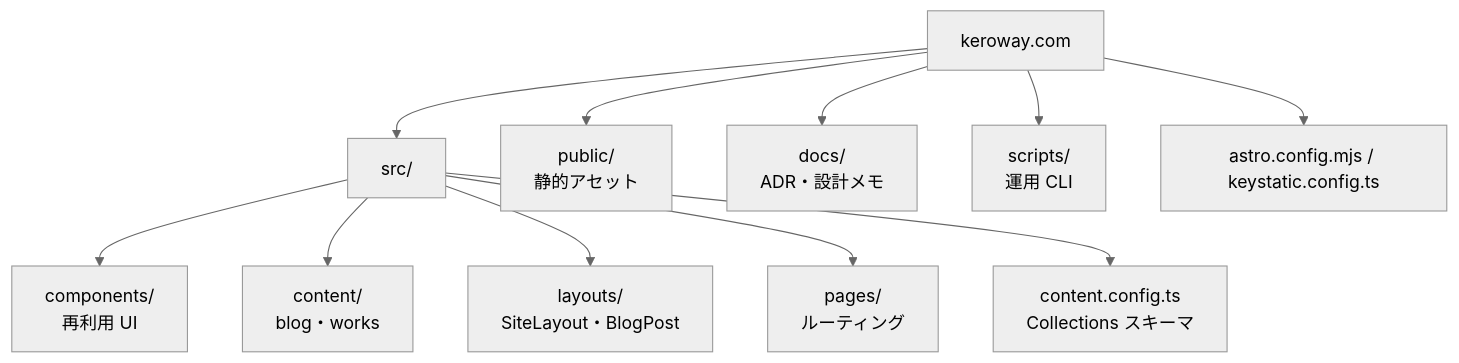
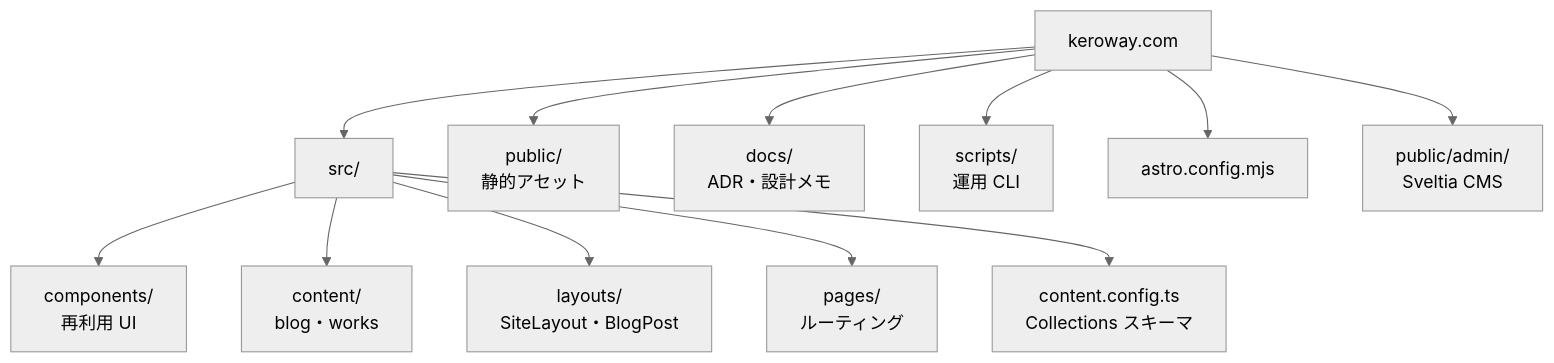
One commit to keroway/astro-blog changed the second of 4 diagrams in README.md. Above: the diagram before and after it, drawn with Mermaid (neutral theme). The commit also changed other lines of this file and 16 other files, not shown here.

Commit message:
CMS を Keystatic から Sveltia CMS へ移行 (ADR 0016)

````diff
--- a/README.md
+++ b/README.md
@@ -76,13 +76,14 @@
 ```mermaid
 flowchart TD
     Root["keroway.com"] --> Src["src/"]
     Root --> Public["public/<br/>静的アセット"]
     Root --> Docs["docs/<br/>ADR・設計メモ"]
     Root --> Scripts["scripts/<br/>運用 CLI"]
-    Root --> Cfg["astro.config.mjs / keystatic.config.ts"]
+    Root --> Cfg["astro.config.mjs"]
+    Root --> Admin["public/admin/<br/>Sveltia CMS"]
     Src --> Comp["components/<br/>再利用 UI"]
     Src --> Content["content/<br/>blog・works"]
     Src --> Layouts["layouts/<br/>SiteLayout・BlogPost"]
     Src --> Pages["pages/<br/>ルーティング"]
     Src --> Schema["content.config.ts<br/>Collections スキーマ"]
 ```
````
